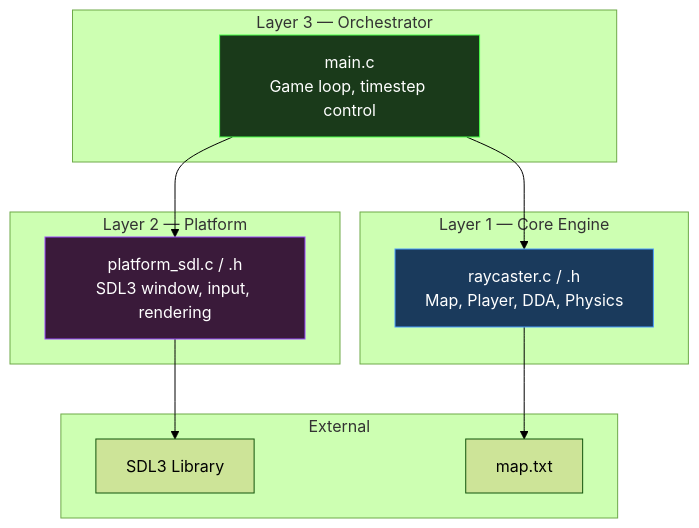
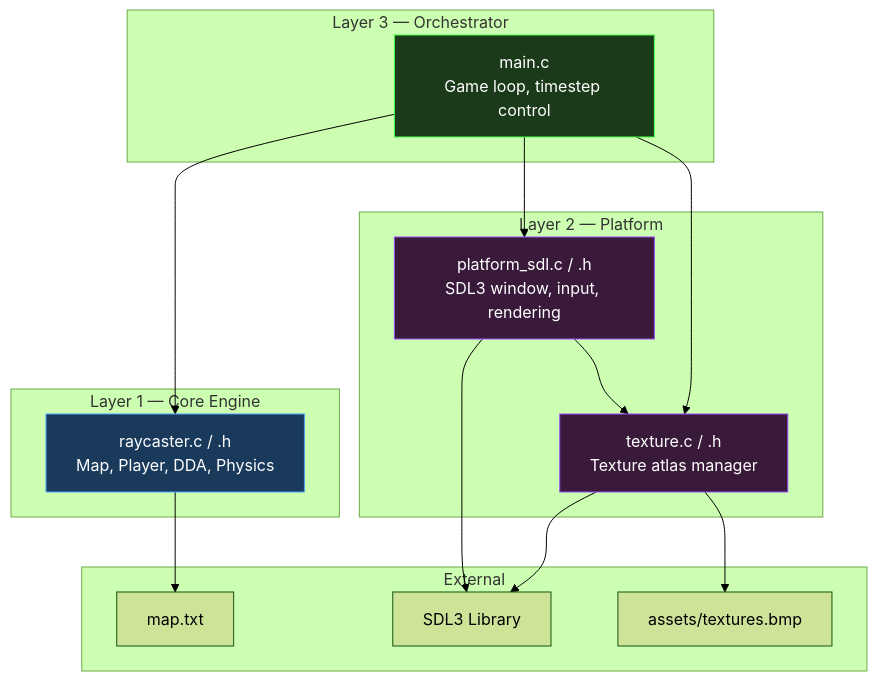
Before and after one commit to seanhodges/simple-3d-raycaster-game: the first of 5 diagrams in docs/ARCHITECTURE.md, drawn with Mermaid (forest theme). The commit also changed other lines of this file and 10 other files, not shown here.

First line of the commit message:
Add wall texturing with texture atlas support

````diff
--- a/docs/ARCHITECTURE.md
+++ b/docs/ARCHITECTURE.md
@@ -25,28 +25,35 @@
 ```mermaid
 graph TB
     subgraph "Layer 3 — Orchestrator"
         MAIN["main.c<br/>Game loop, timestep control"]
     end
 
     subgraph "Layer 1 — Core Engine"
         RC["raycaster.c / .h<br/>Map, Player, DDA, Physics"]
     end
 
     subgraph "Layer 2 — Platform"
         PLAT["platform_sdl.c / .h<br/>SDL3 window, input, rendering"]
+        TEX["texture.c / .h<br/>Texture atlas manager"]
     end
 
     subgraph "External"
         SDL3["SDL3 Library"]
         MAP["map.txt"]
+        BMP["assets/textures.bmp"]
     end
 
     MAIN --> RC
     MAIN --> PLAT
+    MAIN --> TEX
     PLAT --> SDL3
+    PLAT --> TEX
+    TEX --> SDL3
+    TEX --> BMP
     RC --> MAP
 
     style RC fill:#1a3a5c,stroke:#4a9eff,color:#fff
     style PLAT fill:#3a1a3a,stroke:#9a4aff,color:#fff
+    style TEX fill:#3a1a3a,stroke:#9a4aff,color:#fff
     style MAIN fill:#1a3a1a,stroke:#4aff4a,color:#fff
 ```
````
